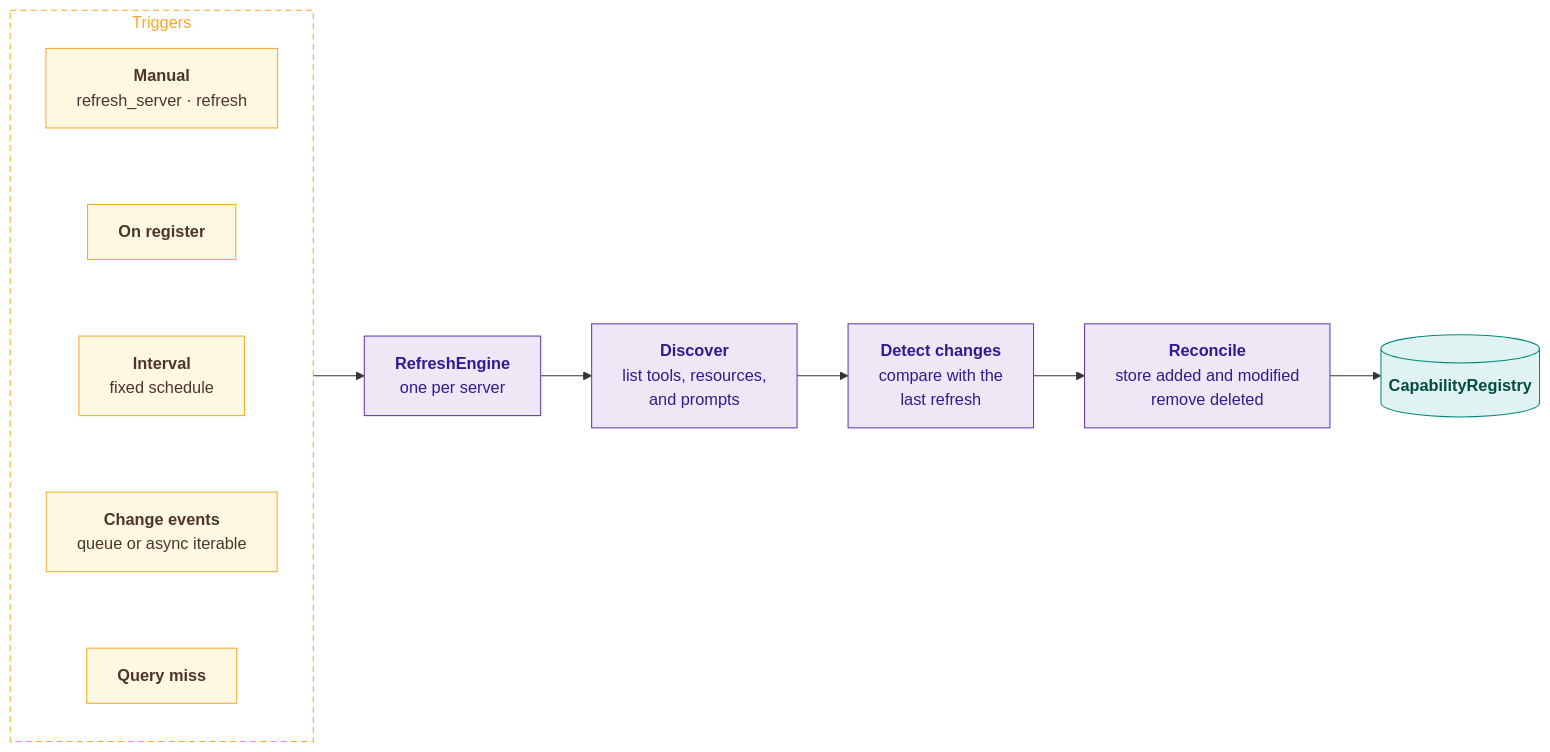
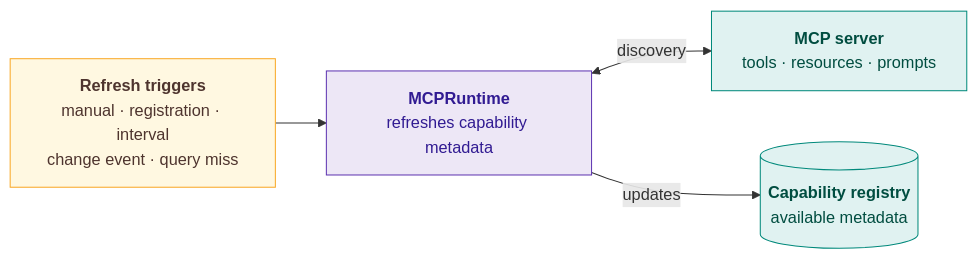
The diagram in docs/assets/diagrams/refresh-flow.mmd (smuniharish/mcp-capabilty-router), drawn with Mermaid before and after one commit. The commit also changed 31 other files, not shown here.

Commit message:
chore: prepare 2.0.1 and refine public architecture

```diff
--- a/docs/assets/diagrams/refresh-flow.mmd
+++ b/docs/assets/diagrams/refresh-flow.mmd
@@ -1,26 +1,16 @@
 flowchart LR
-    subgraph triggers["Triggers"]
-        direction TB
-        manual["<b>Manual</b><br/>refresh_server · refresh"]
-        register["<b>On register</b>"]
-        interval["<b>Interval</b><br/>fixed schedule"]
-        events["<b>Change events</b><br/>queue or async iterable"]
-        miss["<b>Query miss</b>"]
-        manual ~~~ register ~~~ interval ~~~ events ~~~ miss
-    end
+    triggers["<b>Refresh triggers</b><br/>manual · registration · interval<br/>change event · query miss"]
+    runtime["<b>MCPRuntime</b><br/>refreshes capability metadata"]
+    server["<b>MCP server</b><br/>tools · resources · prompts"]
+    registry[("<b>Capability registry</b><br/>available metadata")]
 
-    engine["<b>RefreshEngine</b><br/>one per server"]
-    discover["<b>Discover</b><br/>list tools, resources,<br/>and prompts"]
-    detect["<b>Detect changes</b><br/>compare with the<br/>last refresh"]
-    reconcile["<b>Reconcile</b><br/>store added and modified<br/>remove deleted"]
-    registry[("<b>CapabilityRegistry</b>")]
-
-    triggers --> engine --> discover --> detect --> reconcile --> registry
+    triggers --> runtime
+    runtime <-->|"discovery"| server
+    runtime -->|"updates"| registry
 
     classDef core fill:#ede7f6,stroke:#5e35b1,color:#311b92
     classDef trigger fill:#fff8e1,stroke:#f9a825,color:#4e342e
-    classDef storage fill:#e0f2f1,stroke:#00897b,color:#004d40
-    class engine,discover,detect,reconcile core
-    class manual,register,interval,events,miss trigger
-    class registry storage
-    style triggers fill:none,stroke:#f9a825,stroke-dasharray:6 4,color:#f9a825
+    classDef external fill:#e0f2f1,stroke:#00897b,color:#004d40
+    class runtime core
+    class triggers trigger
+    class server,registry external
```
